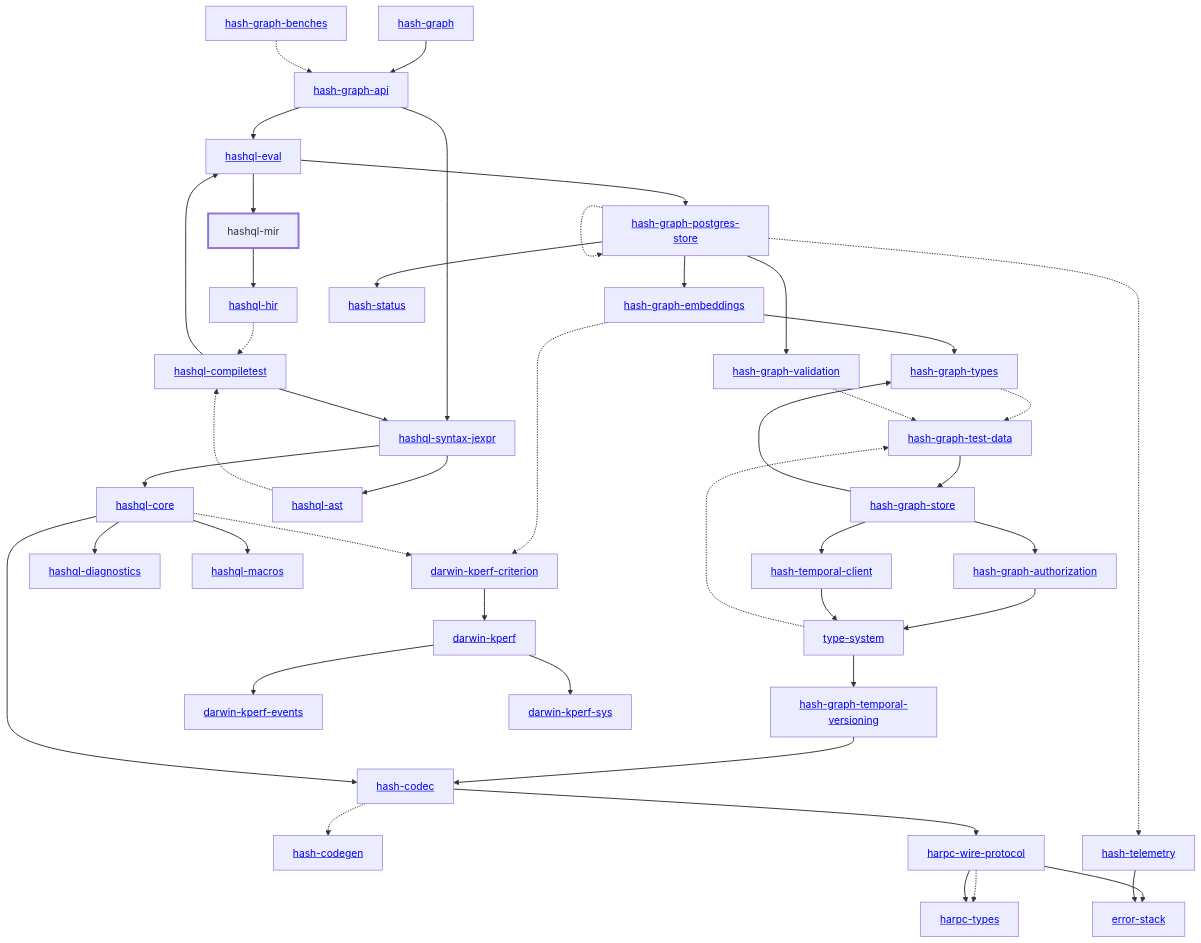
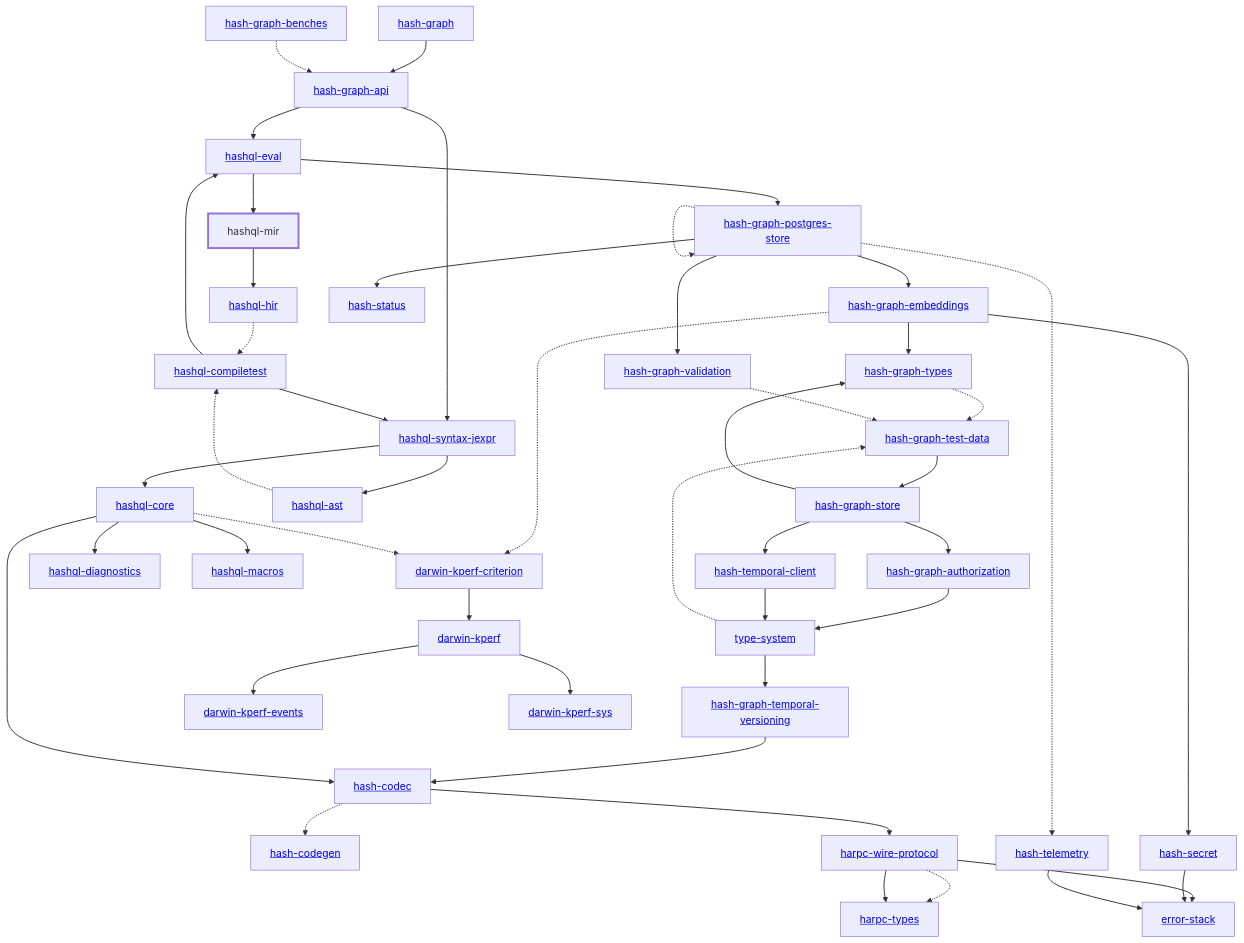
One commit to hashintel/hash changed the diagram in libs/@local/hashql/mir/docs/dependency-diagram.mmd. Above: the diagram before and after it, drawn with Mermaid. The commit also changed 104 other files, not shown here.

```diff
--- a/libs/@local/hashql/mir/docs/dependency-diagram.mmd
+++ b/libs/@local/hashql/mir/docs/dependency-diagram.mmd
@@ -1,88 +1,91 @@
 graph TD
     linkStyle default stroke-width:1.5px
     classDef default stroke-width:1px
     classDef root stroke-width:3px
     classDef dev stroke-width:1px
     classDef build stroke-width:1px
     %% Legend
     %% --> : Normal dependency
     %% -.-> : Dev dependency
     %% ---> : Build dependency
     0[<a href="../hash_graph/index.html">hash-graph</a>]
     1[<a href="../type_system/index.html">type-system</a>]
     2[<a href="../hash_codec/index.html">hash-codec</a>]
     3[<a href="../hash_codegen/index.html">hash-codegen</a>]
     4[<a href="../hash_graph_api/index.html">hash-graph-api</a>]
     5[<a href="../hash_graph_authorization/index.html">hash-graph-authorization</a>]
     6[<a href="../hash_graph_embeddings/index.html">hash-graph-embeddings</a>]
     7[<a href="../hash_graph_postgres_store/index.html">hash-graph-postgres-store</a>]
     8[<a href="../hash_graph_store/index.html">hash-graph-store</a>]
     9[<a href="../hash_graph_temporal_versioning/index.html">hash-graph-temporal-versioning</a>]
     10[<a href="../hash_graph_types/index.html">hash-graph-types</a>]
     11[<a href="../hash_graph_validation/index.html">hash-graph-validation</a>]
     12[<a href="../harpc_types/index.html">harpc-types</a>]
     13[<a href="../harpc_wire_protocol/index.html">harpc-wire-protocol</a>]
     14[<a href="../hashql_ast/index.html">hashql-ast</a>]
     15[<a href="../hashql_compiletest/index.html">hashql-compiletest</a>]
     16[<a href="../hashql_core/index.html">hashql-core</a>]
     17[<a href="../hashql_diagnostics/index.html">hashql-diagnostics</a>]
     18[<a href="../hashql_eval/index.html">hashql-eval</a>]
     19[<a href="../hashql_hir/index.html">hashql-hir</a>]
     20[<a href="../hashql_macros/index.html">hashql-macros</a>]
     21[hashql-mir]
     class 21 root
     22[<a href="../hashql_syntax_jexpr/index.html">hashql-syntax-jexpr</a>]
-    23[<a href="../hash_status/index.html">hash-status</a>]
-    24[<a href="../hash_telemetry/index.html">hash-telemetry</a>]
-    25[<a href="../hash_temporal_client/index.html">hash-temporal-client</a>]
-    26[<a href="../darwin_kperf/index.html">darwin-kperf</a>]
-    27[<a href="../darwin_kperf_criterion/index.html">darwin-kperf-criterion</a>]
-    28[<a href="../darwin_kperf_events/index.html">darwin-kperf-events</a>]
-    29[<a href="../darwin_kperf_sys/index.html">darwin-kperf-sys</a>]
-    30[<a href="../error_stack/index.html">error-stack</a>]
-    31[<a href="../hash_graph_benches/index.html">hash-graph-benches</a>]
-    32[<a href="../hash_graph_test_data/index.html">hash-graph-test-data</a>]
+    23[<a href="../hash_secret/index.html">hash-secret</a>]
+    24[<a href="../hash_status/index.html">hash-status</a>]
+    25[<a href="../hash_telemetry/index.html">hash-telemetry</a>]
+    26[<a href="../hash_temporal_client/index.html">hash-temporal-client</a>]
+    27[<a href="../darwin_kperf/index.html">darwin-kperf</a>]
+    28[<a href="../darwin_kperf_criterion/index.html">darwin-kperf-criterion</a>]
+    29[<a href="../darwin_kperf_events/index.html">darwin-kperf-events</a>]
+    30[<a href="../darwin_kperf_sys/index.html">darwin-kperf-sys</a>]
+    31[<a href="../error_stack/index.html">error-stack</a>]
+    32[<a href="../hash_graph_benches/index.html">hash-graph-benches</a>]
+    33[<a href="../hash_graph_test_data/index.html">hash-graph-test-data</a>]
     0 --> 4
     1 --> 9
-    1 -.-> 32
+    1 -.-> 33
     2 -.-> 3
     2 --> 13
     4 --> 18
     4 --> 22
     5 --> 1
     6 --> 10
-    6 -.-> 27
+    6 --> 23
+    6 -.-> 28
     7 --> 6
     7 -.-> 7
     7 --> 11
-    7 --> 23
-    7 -.-> 24
+    7 --> 24
+    7 -.-> 25
     8 --> 5
     8 --> 10
-    8 --> 25
+    8 --> 26
     9 --> 2
-    10 -.-> 32
-    11 -.-> 32
+    10 -.-> 33
+    11 -.-> 33
     13 -.-> 12
     13 --> 12
-    13 --> 30
+    13 --> 31
     14 -.-> 15
     15 --> 18
     15 --> 22
     16 --> 2
     16 --> 17
     16 --> 20
-    16 -.-> 27
+    16 -.-> 28
     18 --> 7
     18 --> 21
     19 -.-> 15
     21 --> 19
     22 --> 14
     22 --> 16
-    24 --> 30
-    25 --> 1
-    26 --> 28
-    26 --> 29
-    27 --> 26
-    31 -.-> 4
-    32 --> 8
+    23 --> 31
+    25 --> 31
+    26 --> 1
+    27 --> 29
+    27 --> 30
+    28 --> 27
+    32 -.-> 4
+    33 --> 8
```
